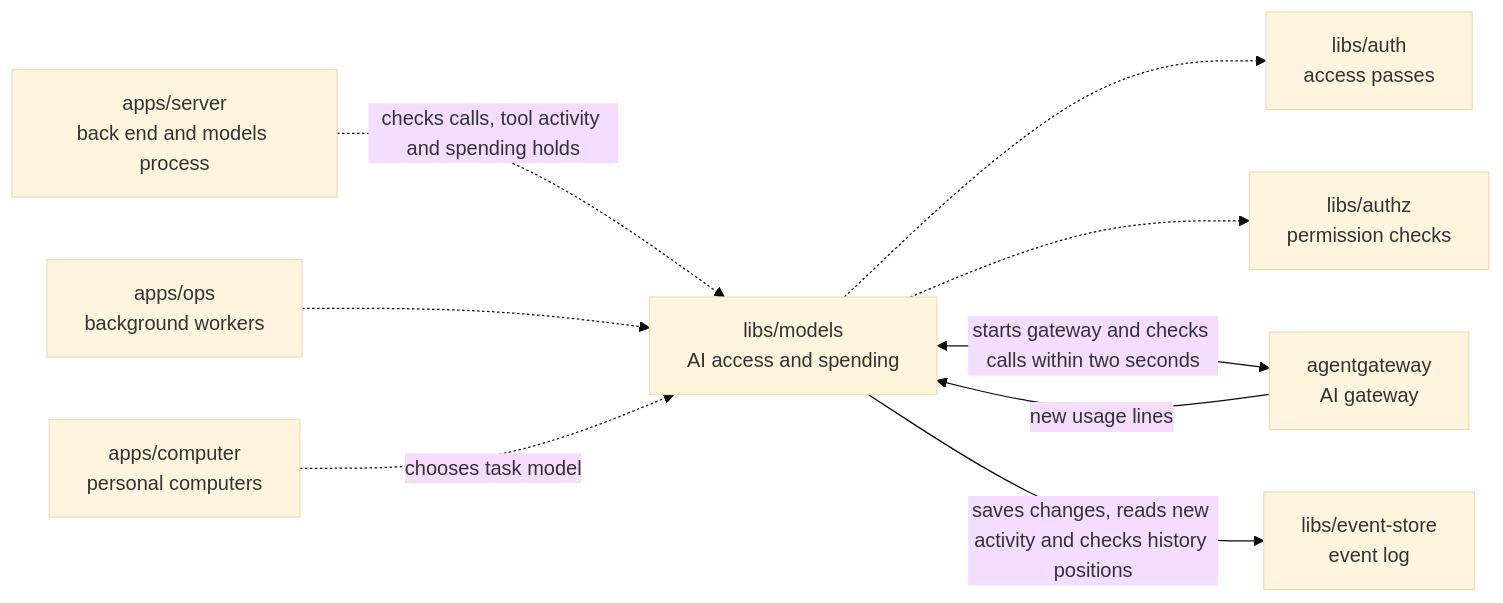
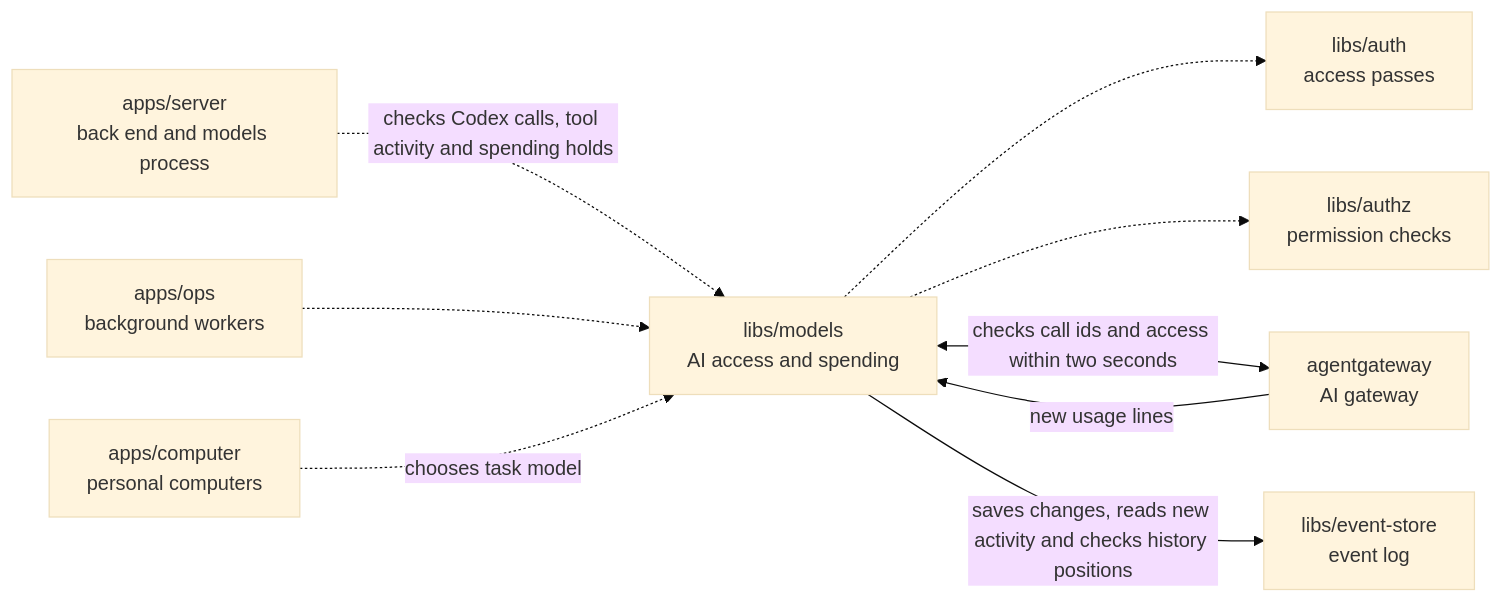
Before and after one commit to elewa-git/opencrane-new: the diagram in libs/models/README.md, drawn with Mermaid (base theme). The commit also changed other lines of this file and 27 other files, not shown here.

First line of the commit message:
🧰 The gateway accepts the tool calls Codex really sends, and checks each one against the signed turn (#258)

````diff
--- a/libs/models/README.md
+++ b/libs/models/README.md
@@ -11,11 +11,11 @@
 ```mermaid
 flowchart LR
-  server["apps/server<br/>back end and models process"] -.->|checks calls, tool activity and spending holds| models["libs/models<br/>AI access and spending"]
+  server["apps/server<br/>back end and models process"] -.->|checks Codex calls, tool activity and spending holds| models["libs/models<br/>AI access and spending"]
   ops["apps/ops<br/>background workers"] -.-> models
   computer["apps/computer<br/>personal computers"] -.->|chooses task model| models
   models -.-> auth["libs/auth<br/>access passes"]
   models -.-> authz["libs/authz<br/>permission checks"]
-  models <-->|starts gateway and checks calls within two seconds| gateway["agentgateway<br/>AI gateway"]
+  models <-->|checks call ids and access within two seconds| gateway["agentgateway<br/>AI gateway"]
   gateway -->|new usage lines| models
   models -->|saves changes, reads new activity and checks history positions| store["libs/event-store<br/>event log"]
 ```
````
